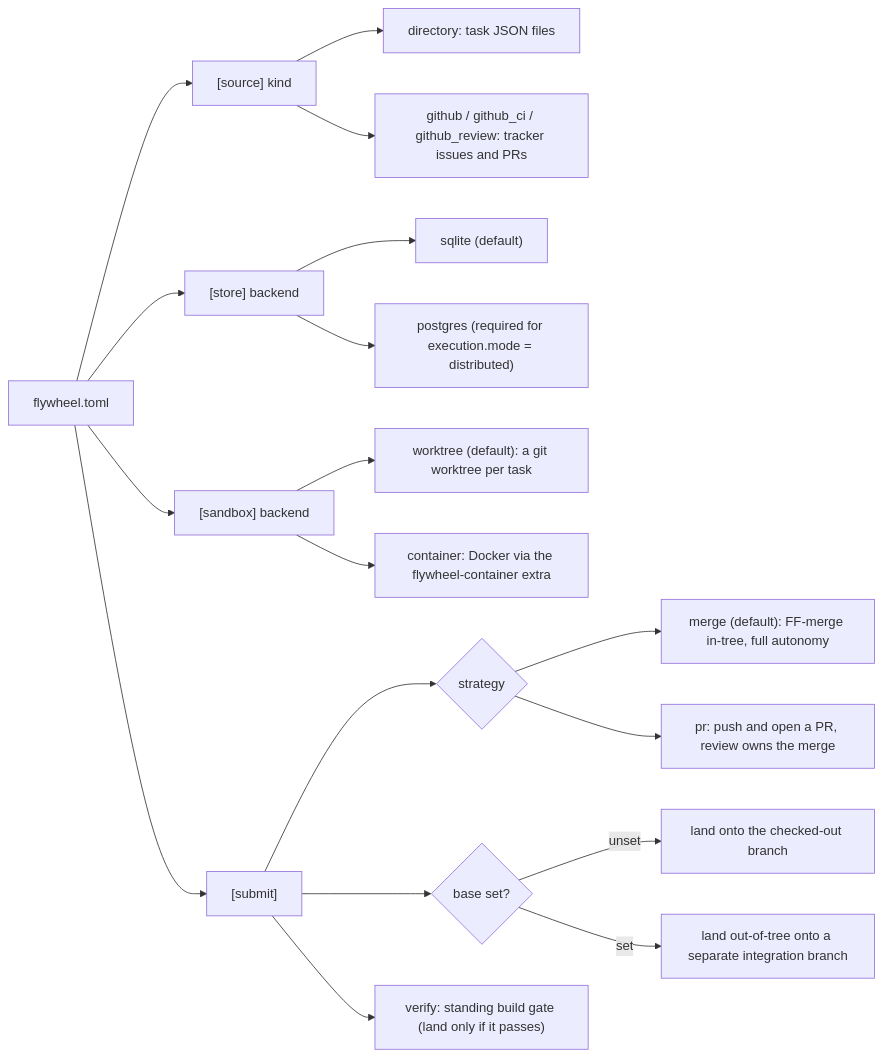
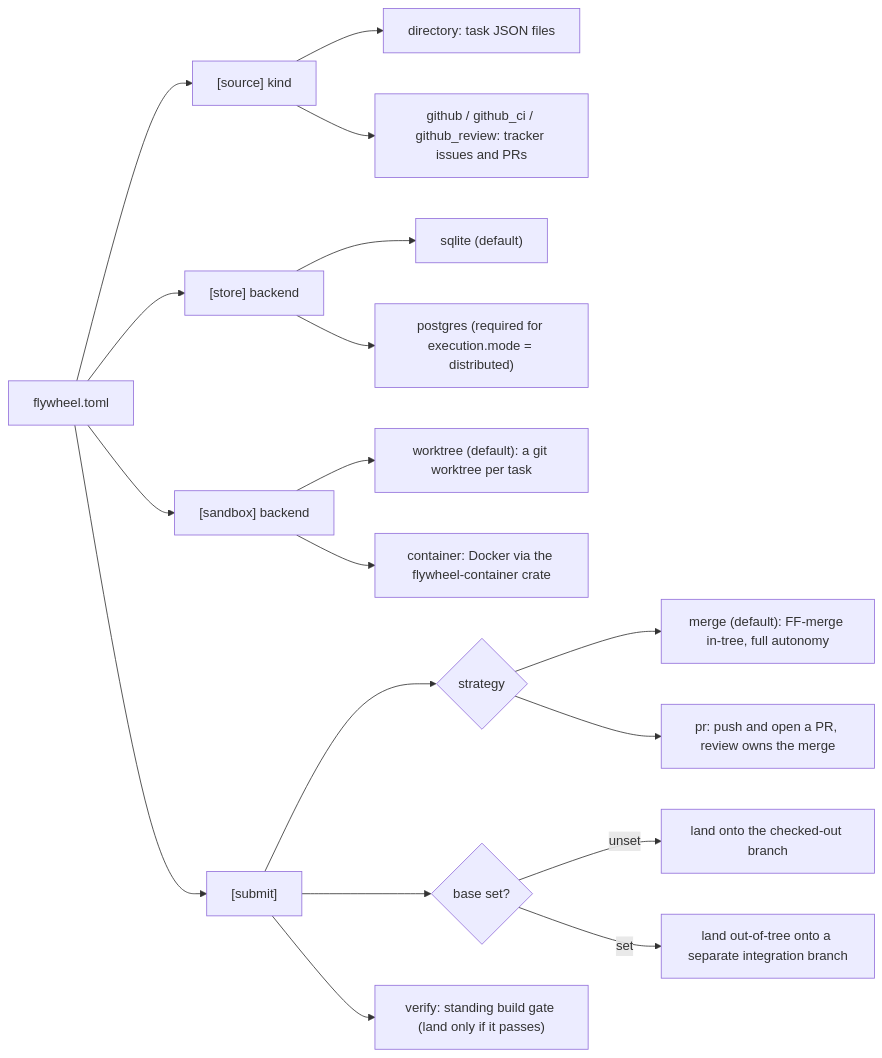
The diagram in docs/configuration.md (johnayoung/flywheel), drawn with Mermaid before and after one commit. The commit also changed other lines of this file and 16 other files, not shown here.

````diff
--- a/docs/configuration.md
+++ b/docs/configuration.md
@@ -35,20 +35,20 @@
 ```mermaid
 flowchart LR
     CFG["flywheel.toml"] --> SRC["[source] kind"]
     SRC --> SRCd["directory: task JSON files"]
     SRC --> SRCg["github / github_ci / github_review: tracker issues and PRs"]
     CFG --> ST["[store] backend"]
     ST --> STs["sqlite (default)"]
     ST --> STp["postgres (required for execution.mode = distributed)"]
     CFG --> SBX["[sandbox] backend"]
     SBX --> SBw["worktree (default): a git worktree per task"]
-    SBX --> SBc["container: Docker via the flywheel-container extra"]
+    SBX --> SBc["container: Docker via the flywheel-container crate"]
     CFG --> SUB["[submit]"]
     SUB --> STR{"strategy"}
     STR --> SM["merge (default): FF-merge in-tree, full autonomy"]
     STR --> SP["pr: push and open a PR, review owns the merge"]
     SUB --> BASE{"base set?"}
     BASE -->|unset| BU["land onto the checked-out branch"]
     BASE -->|set| BS["land out-of-tree onto a separate integration branch"]
     SUB --> VER["verify: standing build gate (land only if it passes)"]
 ```
````
